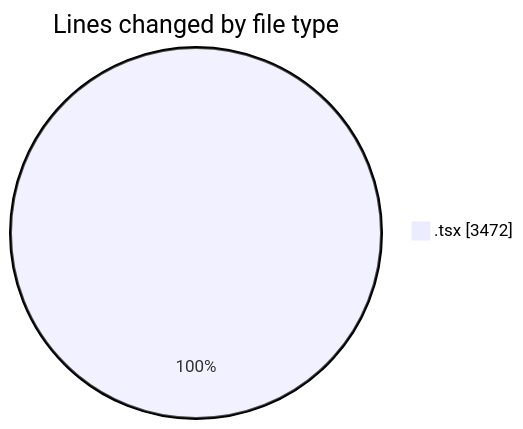
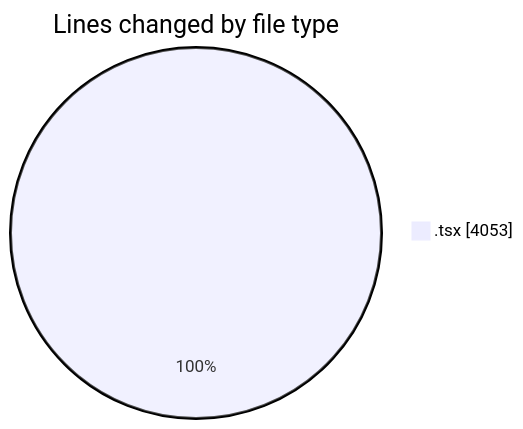
Before and after one commit to nxtqubesakshisongat/code-tracking: the first of 2 diagrams in 2026-07-06/nxtqube_webapp/README.md, drawn with Mermaid. The commit also changed other lines of this file and 1 other file, not shown here.

````diff
--- a/2026-07-06/nxtqube_webapp/README.md
+++ b/2026-07-06/nxtqube_webapp/README.md
@@ -25,5 +27,5 @@
 ```mermaid
 pie showData
 title Lines changed by file type
-".tsx" : 3472
+".tsx" : 4053
 ```
````
